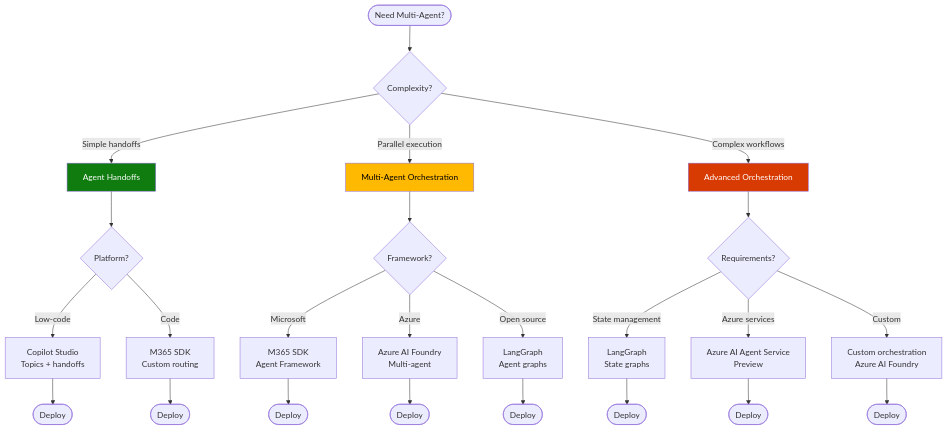
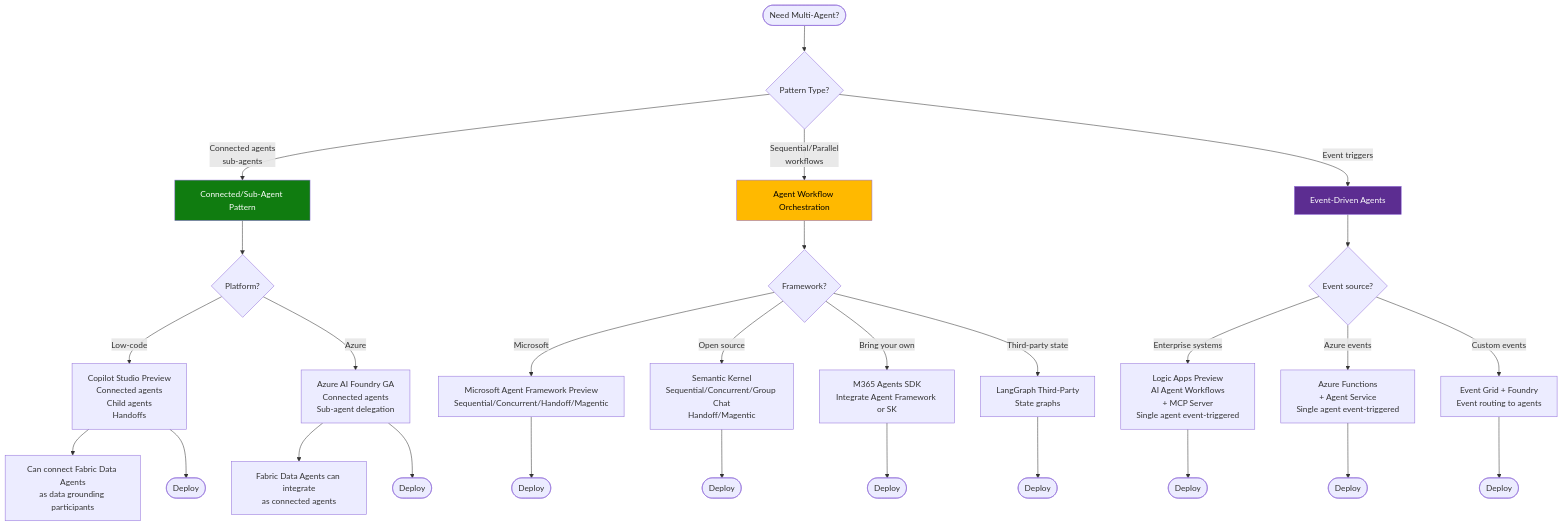
The seventh of 8 diagrams in docs/visual-framework.md (ChrisMcKee1/microsoft-ai-decision-tree), drawn with Mermaid before and after one commit. The commit also changed other lines of this file and 11 other files, not shown here.

````diff
--- a/docs/visual-framework.md
+++ b/docs/visual-framework.md
@@ -288,35 +514,40 @@
 ```mermaid
 flowchart TD
-    Start([Need Multi-Agent?]) --> Q1{Complexity?}
+    Start([Need Multi-Agent?]) --> Q1{Pattern Type?}
     
-    Q1 -->|Simple handoffs| Simple[Agent Handoffs]
-    Q1 -->|Parallel execution| Medium[Multi-Agent Orchestration]
-    Q1 -->|Complex workflows| Complex[Advanced Orchestration]
+    Q1 -->|Connected agents<br/>sub-agents| Connected[Connected/Sub-Agent Pattern]
+    Q1 -->|Sequential/Parallel<br/>workflows| Workflows[Agent Workflow Orchestration]
+    Q1 -->|Event triggers| EventDriven[Event-Driven Agents]
     
-    Simple --> S_Platform{Platform?}
-    S_Platform -->|Low-code| S_Studio[Copilot Studio<br/>Topics + handoffs]
-    S_Platform -->|Code| S_SDK[M365 SDK<br/>Custom routing]
+    Connected --> C_Platform{Platform?}
+    C_Platform -->|Low-code| C_Studio[Copilot Studio Preview<br/>Connected agents<br/>Child agents<br/>Handoffs]
+    C_Platform -->|Azure| C_Foundry[Azure AI Foundry GA<br/>Connected agents<br/>Sub-agent delegation]
     
-    Medium --> M_Framework{Framework?}
-    M_Framework -->|Microsoft| M_SDK[M365 SDK<br/>Agent Framework]
-    M_Framework -->|Azure| M_Foundry[Azure AI Foundry<br/>Multi-agent]
-    M_Framework -->|Open source| M_Lang[LangGraph<br/>Agent graphs]
+    Workflows --> W_Framework{Framework?}
+    W_Framework -->|Microsoft| W_AgentFW[Microsoft Agent Framework Preview<br/>Sequential/Concurrent/Handoff/Magentic]
+    W_Framework -->|Open source| W_SK[Semantic Kernel<br/>Sequential/Concurrent/Group Chat<br/>Handoff/Magentic]
+    W_Framework -->|Bring your own| W_SDK[M365 Agents SDK<br/>Integrate Agent Framework or SK]
+    W_Framework -->|Third-party state| W_LangGraph[LangGraph Third-Party<br/>State graphs]
     
-    Complex --> C_Need{Requirements?}
-    C_Need -->|State management| C_LangGraph[LangGraph<br/>State graphs]
-    C_Need -->|Azure services| C_Agent[Azure AI Agent Service<br/>Preview]
-    C_Need -->|Custom| C_Custom[Custom orchestration<br/>Azure AI Foundry]
+    EventDriven --> E_Type{Event source?}
+    E_Type -->|Enterprise systems| E_Logic[Logic Apps Preview<br/>AI Agent Workflows<br/>+ MCP Server<br/>Single agent event-triggered]
+    E_Type -->|Azure events| E_Functions[Azure Functions<br/>+ Agent Service<br/>Single agent event-triggered]
+    E_Type -->|Custom events| E_Custom[Event Grid + Foundry<br/>Event routing to agents]
     
-    S_Studio --> Deploy1([Deploy])
-    S_SDK --> Deploy2([Deploy])
-    M_SDK --> Deploy3([Deploy])
-    M_Foundry --> Deploy4([Deploy])
-    M_Lang --> Deploy5([Deploy])
-    C_LangGraph --> Deploy6([Deploy])
-    C_Agent --> Deploy7([Deploy])
-    C_Custom --> Deploy8([Deploy])
+    C_Studio --> Note1[Can connect Fabric Data Agents<br/>as data grounding participants]
+    C_Foundry --> Note2[Fabric Data Agents can integrate<br/>as connected agents]
     
-    style Simple fill:#107C10,color:#fff
-    style Medium fill:#FFB900,color:#000
-    style Complex fill:#D83B01,color:#fff
+    C_Studio --> Deploy1([Deploy])
+    C_Foundry --> Deploy2([Deploy])
+    W_AgentFW --> Deploy3([Deploy])
+    W_SK --> Deploy4([Deploy])
+    W_SDK --> Deploy5([Deploy])
+    W_LangGraph --> Deploy6([Deploy])
+    E_Logic --> Deploy7([Deploy])
+    E_Functions --> Deploy8([Deploy])
+    E_Custom --> Deploy9([Deploy])
+    
+    style Connected fill:#107C10,color:#fff
+    style Workflows fill:#FFB900,color:#000
+    style EventDriven fill:#5C2D91,color:#fff
 ```
````
